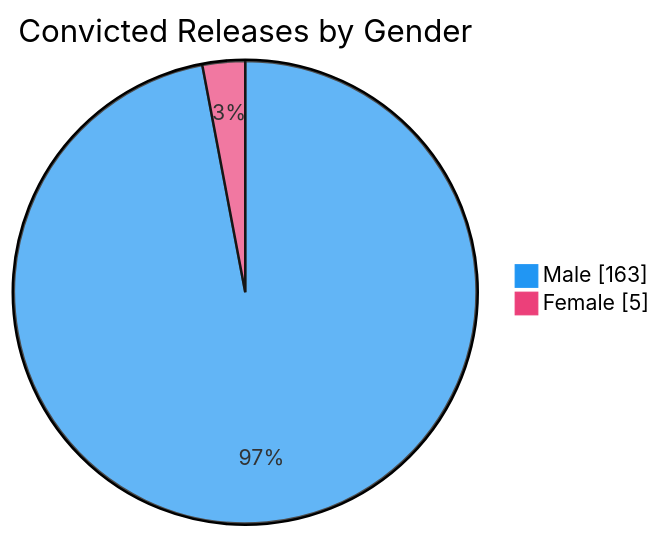
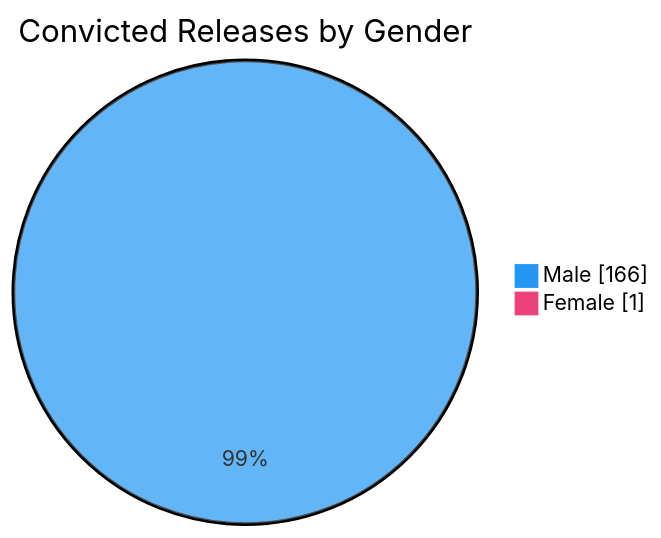
Before and after one commit to nuuuwan/lk_prisons: the sixth of 7 diagrams in README.md, drawn with Mermaid. The commit also changed other lines of this file and 1 other file, not shown here.

````diff
--- a/README.md
+++ b/README.md
@@ -98,6 +98,6 @@
 ```mermaid
 %%{init: {'themeVariables': {'pie1': '#2196F3', 'pie2': '#EC407A'}}}%%
 pie showData title Convicted Releases by Gender
-    "Male" : 163
-    "Female" : 5
+    "Male" : 166
+    "Female" : 1
 ```
````
